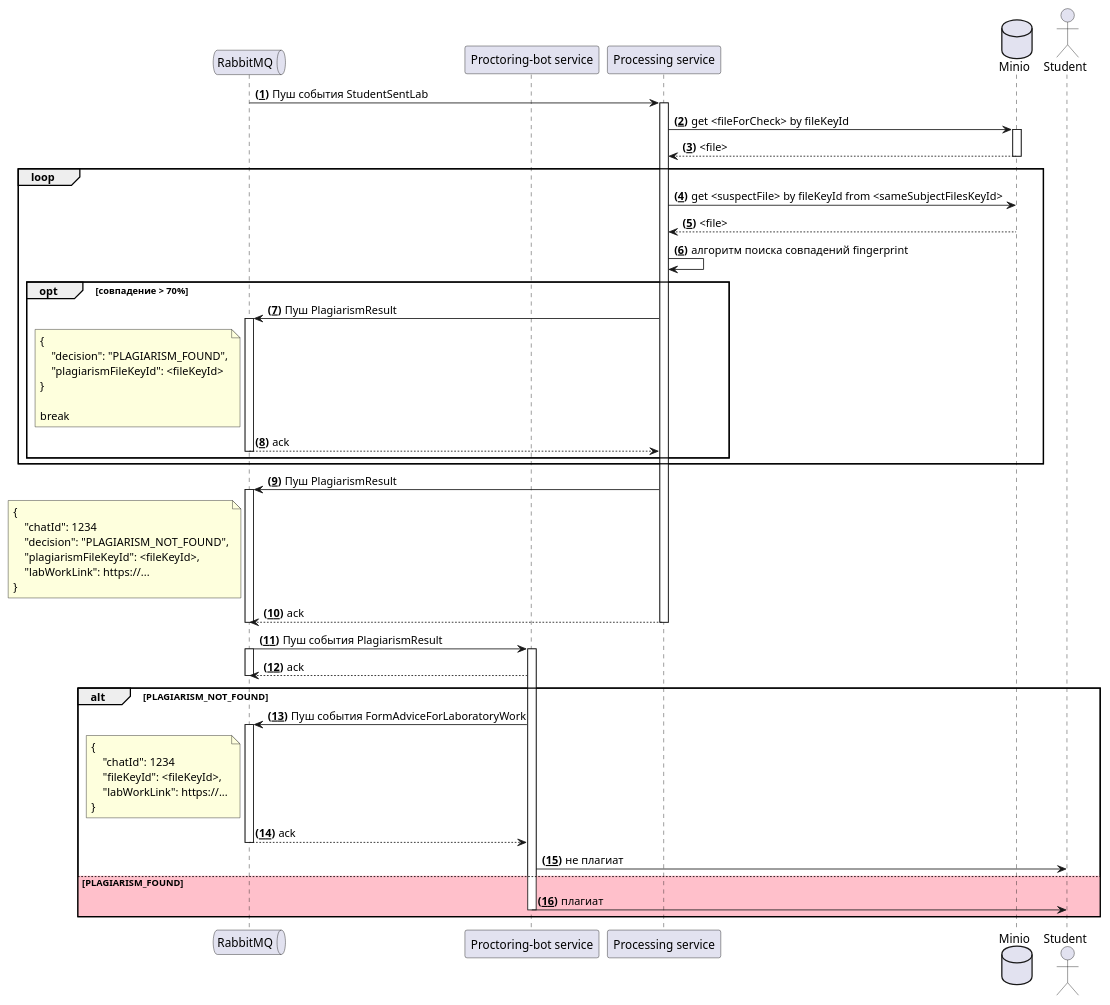
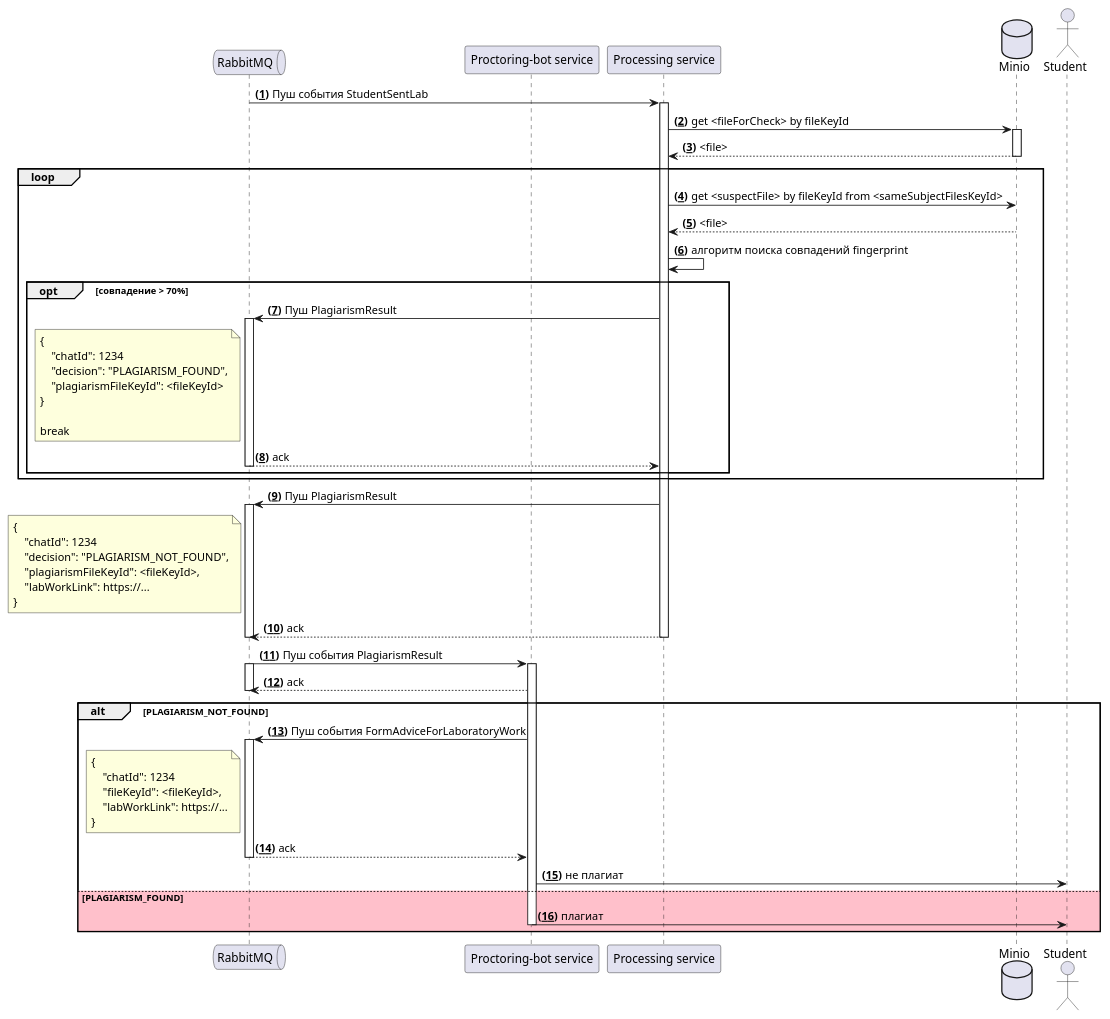
The diagram in documentation/plagiarism/б) form-decision.puml (Dezzzl/processing-service), drawn with PlantUML before and after one commit. The commit also changed 27 other files, not shown here.

```diff
--- a/documentation/plagiarism/б) form-decision.puml
+++ b/documentation/plagiarism/б) form-decision.puml
@@ -1,76 +1,77 @@
 @startuml
 
 autonumber "<b>(<u>##</u>)"
 
 
 queue "RabbitMQ" as rmq
 
 participant "Proctoring-bot service" as pbs
 participant "Processing service" as ps
 
 database Minio as minio
 actor Student as stud
 
 ' эта часть уже написана
 
 rmq -> ps++: Пуш события StudentSentLab
 
 ps -> minio++ : get <fileForCheck> by fileKeyId
 ps <-- minio--: <file>
 loop
 ps -> minio: get <suspectFile> by fileKeyId from <sameSubjectFilesKeyId>
 ps <-- minio--: <file>
 ps -> ps: алгоритм поиска совпадений fingerprint
 
 opt совпадение > 70%
     ps -> rmq++: Пуш PlagiarismResult
     note left rmq
         {
+            "chatId": 1234
             "decision": "PLAGIARISM_FOUND",
             "plagiarismFileKeyId": <fileKeyId>
         }
 
         break
     end note
     ps <-- rmq--: ack
 end opt
 
 end loop
 
 ps -> rmq++: Пуш PlagiarismResult
     note left rmq
         {
             "chatId": 1234
             "decision": "PLAGIARISM_NOT_FOUND",
             "plagiarismFileKeyId": <fileKeyId>,
             "labWorkLink": https://...
         }
     end note
 
 rmq <-- ps--: ack
 rmq--
 
 
 rmq -> pbs++ : Пуш события PlagiarismResult
 rmq++
 rmq <-- pbs: ack
 rmq--
 
 alt PLAGIARISM_NOT_FOUND
 pbs -> rmq++ : Пуш события FormAdviceForLaboratoryWork
     note left rmq
         {
             "chatId": 1234
             "fileKeyId": <fileKeyId>,
             "labWorkLink": https://...
         }
     end note
 pbs <-- rmq--: ack
 pbs -> stud: не плагиат
 else #Pink PLAGIARISM_FOUND
 pbs -> stud: плагиат
 pbs--
 end alt
 
 
 @enduml
```
